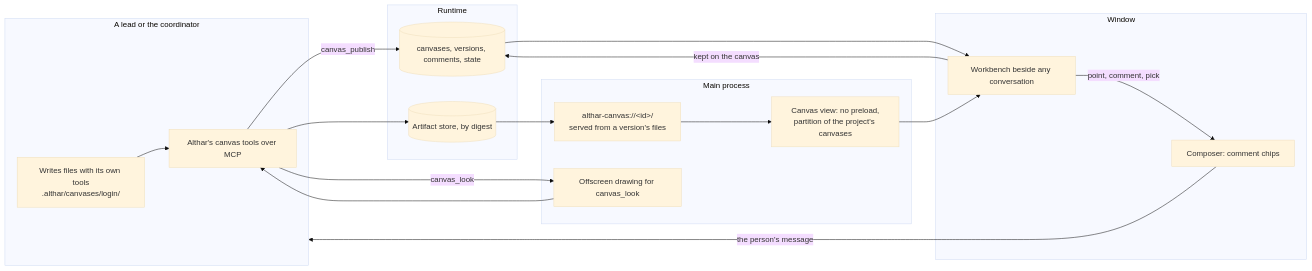
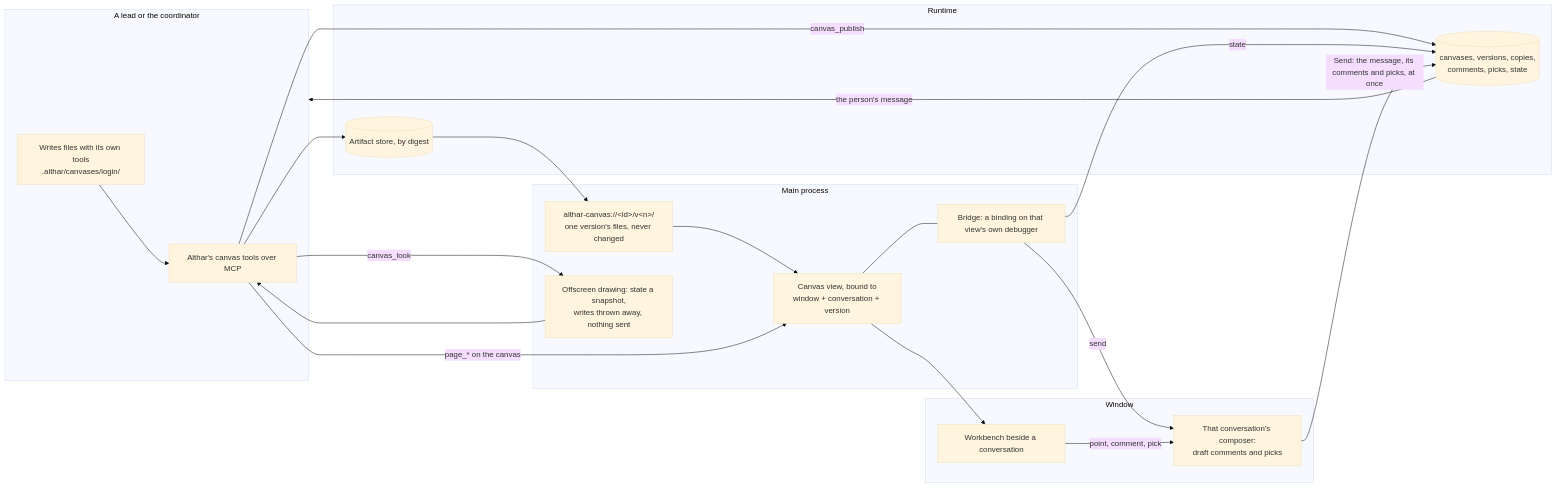
One commit to AltharIDE/althar changed the diagram in docs/decisions/proposed/104-a-project-keeps-canvases-its-agents-draw-and-the-person-comments-on.md. Above: the diagram before and after it, drawn with Mermaid (base theme). The commit also changed other lines of this file, not shown here.

````diff
--- a/docs/decisions/proposed/104-a-project-keeps-canvases-its-agents-draw-and-the-person-comments-on.md
+++ b/docs/decisions/proposed/104-a-project-keeps-canvases-its-agents-draw-and-the-person-comments-on.md
@@ -104,29 +110,33 @@
 ```mermaid
 flowchart LR
     subgraph Agent[A lead or the coordinator]
         Edit[Writes files with its own tools<br/>.althar/canvases/login/]
         Tools[Althar's canvas tools over MCP]
     end
     subgraph Runtime[Runtime]
-        Store[(canvases, versions, comments, state)]
+        Store[(canvases, versions, copies,<br/>comments, picks, state)]
         Bytes[(Artifact store, by digest)]
     end
     subgraph Main[Main process]
-        Scheme["althar-canvas://&lt;id&gt;/<br/>served from a version's files"]
-        View[Canvas view: no preload,<br/>partition of the project's canvases]
-        Shot[Offscreen drawing for canvas_look]
+        Scheme["althar-canvas://&lt;id&gt;/v&lt;n&gt;/<br/>one version's files, never changed"]
+        View["Canvas view, bound to<br/>window + conversation + version"]
+        Bridge[Bridge: a binding on that view's own debugger]
+        Look[Offscreen drawing: state a snapshot,<br/>writes thrown away, nothing sent]
     end
     subgraph Window[Window]
-        Bench[Workbench beside any conversation]
-        Composer[Composer: comment chips]
+        Bench[Workbench beside a conversation]
+        Composer[That conversation's composer:<br/>draft comments and picks]
     end
     Edit --> Tools
     Tools -->|canvas_publish| Store
     Tools --> Bytes
-    Store --> Bench
     Bytes --> Scheme --> View --> Bench
+    View --- Bridge
+    Bridge -->|send| Composer
+    Bridge -->|state| Store
     Bench -->|point, comment, pick| Composer
-    Composer -->|the person's message| Agent
-    Bench -->|kept on the canvas| Store
-    Tools -->|canvas_look| Shot --> Tools
+    Composer -->|Send: the message, its comments and picks, at once| Store
+    Store -->|the person's message| Agent
+    Tools -->|canvas_look| Look --> Tools
+    Tools -->|page_* on the canvas| View
 ```
````
